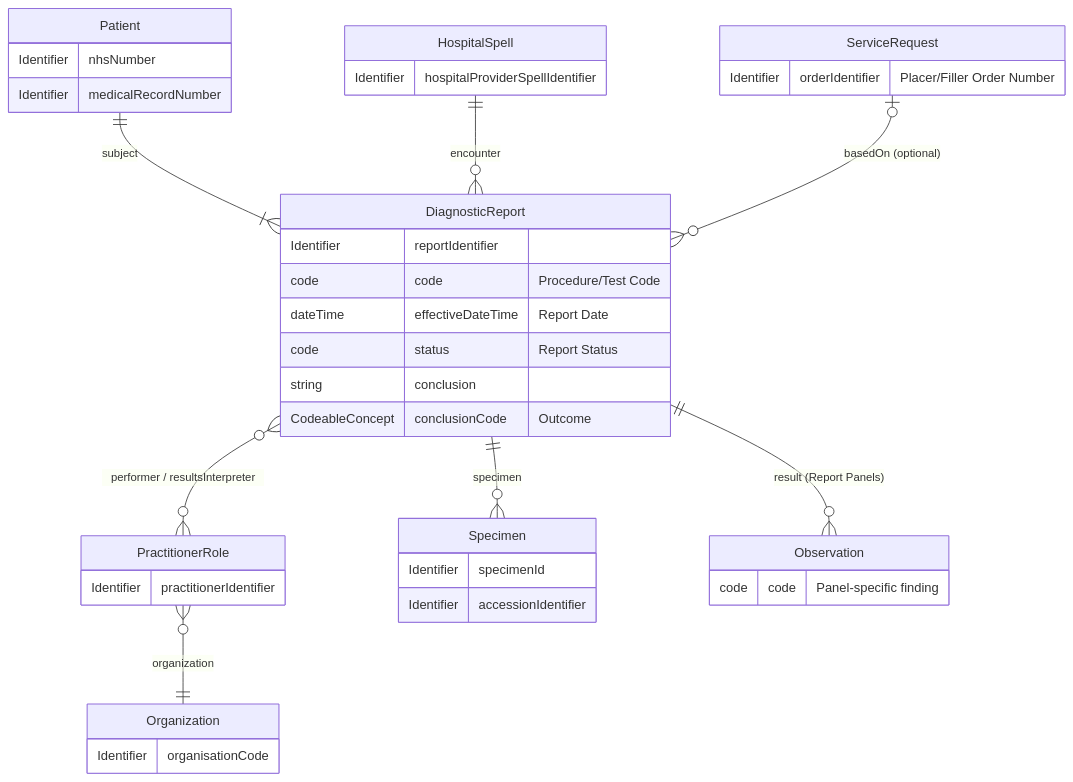
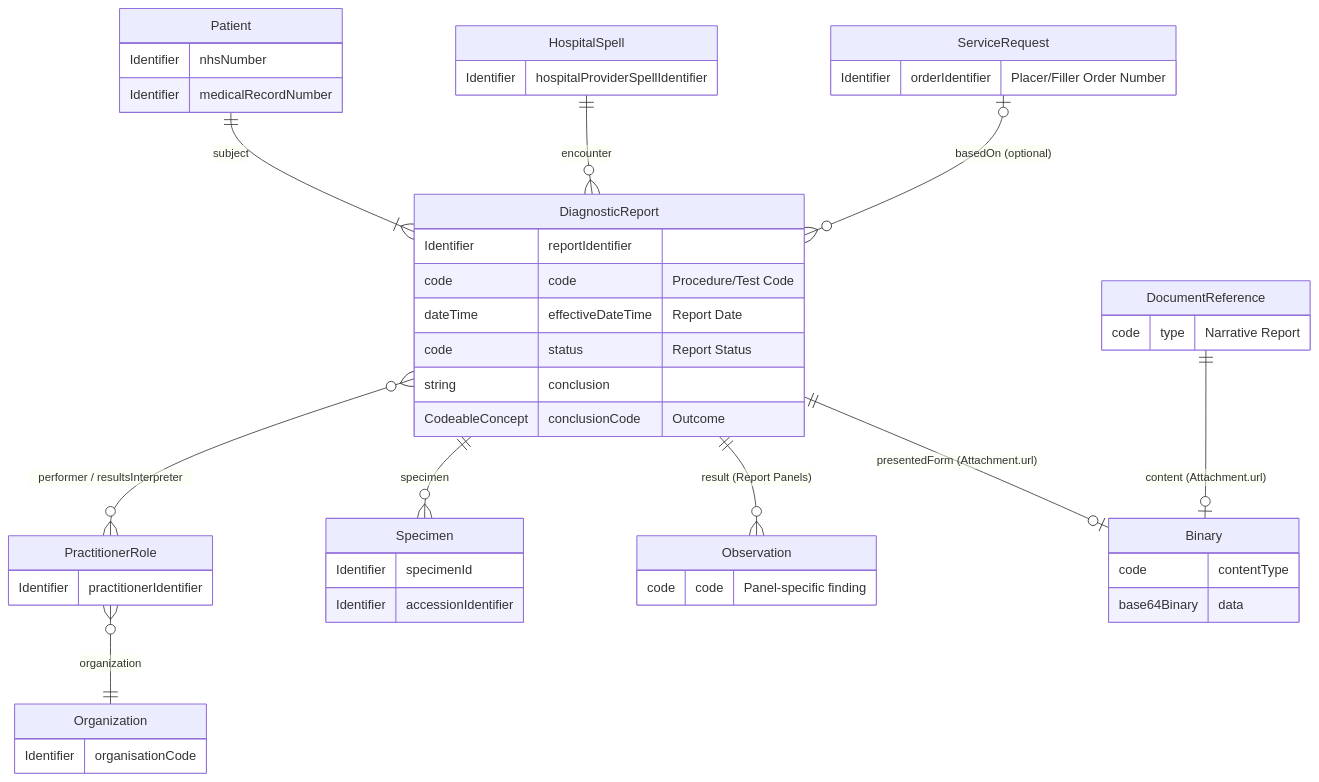
Before and after one commit to nw-gmsa/nw-gmsa.github.com: the first of 2 diagrams in input/pagecontent/Questionnaire-GenomicTestReport-intro.md, drawn with Mermaid. The commit also changed other lines of this file and 6 other files, not shown here.

````diff
--- a/input/pagecontent/Questionnaire-GenomicTestReport-intro.md
+++ b/input/pagecontent/Questionnaire-GenomicTestReport-intro.md
@@ -35,49 +35,60 @@
 ```mermaid
 erDiagram
     Patient ||--|{ DiagnosticReport : subject
     HospitalSpell ||--o{ DiagnosticReport : encounter
     ServiceRequest |o--o{ DiagnosticReport : "basedOn (optional)"
     DiagnosticReport }o--o{ PractitionerRole : "performer / resultsInterpreter"
     PractitionerRole }o--|| Organization : organization
     DiagnosticReport ||--o{ Specimen : specimen
     DiagnosticReport ||--o{ Observation : "result (Report Panels)"
+    DiagnosticReport ||--o| Binary : "presentedForm (Attachment.url)"
+    DocumentReference ||--o| Binary : "content (Attachment.url)"
 
     Patient {
         Identifier nhsNumber
         Identifier medicalRecordNumber
     }
 
     HospitalSpell {
         Identifier hospitalProviderSpellIdentifier
     }
 
     ServiceRequest {
         Identifier orderIdentifier "Placer/Filler Order Number"
     }
 
     DiagnosticReport {
         Identifier reportIdentifier
         code code "Procedure/Test Code"
         dateTime effectiveDateTime "Report Date"
         code status "Report Status"
         string conclusion
         CodeableConcept conclusionCode "Outcome"
     }
 
     PractitionerRole {
         Identifier practitionerIdentifier
     }
 
     Organization {
         Identifier organisationCode
     }
 
     Specimen {
         Identifier specimenId
         Identifier accessionIdentifier
     }
 
     Observation {
         code code "Panel-specific finding"
     }
+
+    DocumentReference {
+        code type "Narrative Report"
+    }
+
+    Binary {
+        code contentType
+        base64Binary data
+    }
 ```
````
